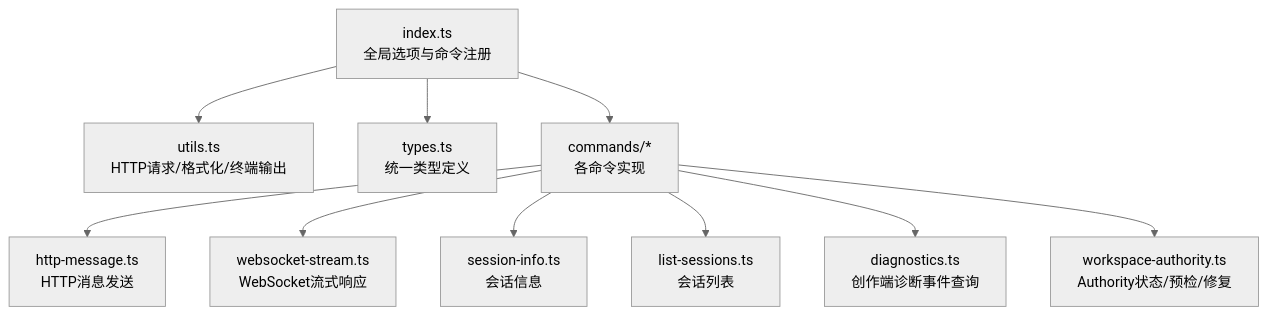
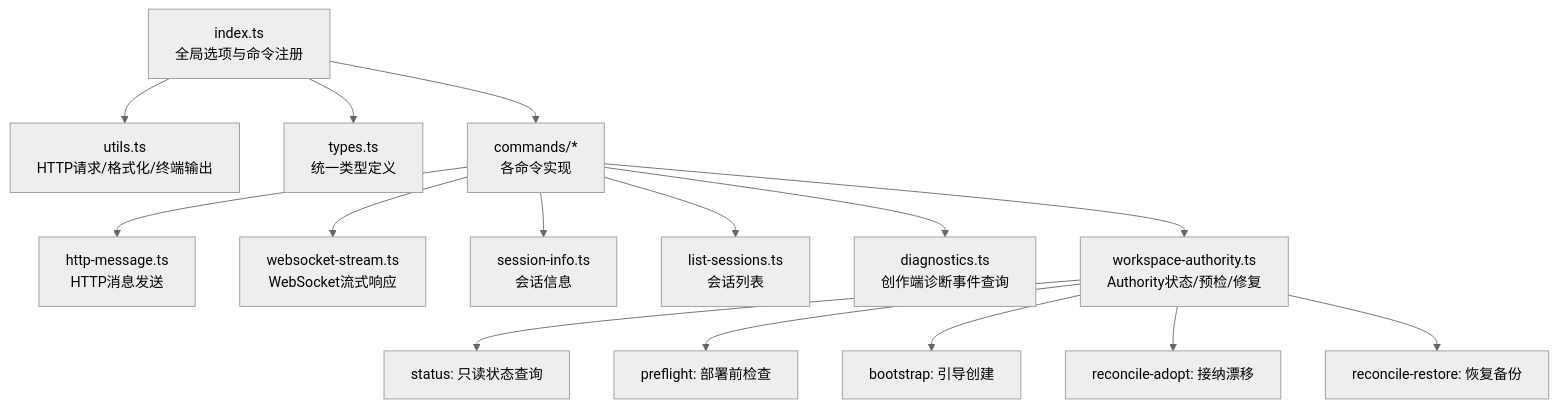
One commit to qihaogithub/workbench changed the first of 6 diagrams in .qoder/repowiki/zh/content/开发工具链/CLI 工具/CLI 工具概览.md. Above: the diagram before and after it, drawn with Mermaid (neutral theme). The commit also changed other lines of this file and 448 other files, not shown here.

````diff
--- a/.qoder/repowiki/zh/content/开发工具链/CLI 工具/CLI 工具概览.md
+++ b/.qoder/repowiki/zh/content/开发工具链/CLI 工具/CLI 工具概览.md
@@ -39,12 +50,17 @@
 ```mermaid
 graph TB
 A["index.ts<br/>全局选项与命令注册"] --> B["utils.ts<br/>HTTP请求/格式化/终端输出"]
 A --> C["types.ts<br/>统一类型定义"]
 A --> D["commands/*<br/>各命令实现"]
 D --> E["http-message.ts<br/>HTTP消息发送"]
 D --> F["websocket-stream.ts<br/>WebSocket流式响应"]
 D --> G["session-info.ts<br/>会话信息"]
 D --> H["list-sessions.ts<br/>会话列表"]
 D --> I["diagnostics.ts<br/>创作端诊断事件查询"]
 D --> J["workspace-authority.ts<br/>Authority状态/预检/修复"]
+J --> K["status: 只读状态查询"]
+J --> L["preflight: 部署前检查"]
+J --> M["bootstrap: 引导创建"]
+J --> N["reconcile-adopt: 接纳漂移"]
+J --> O["reconcile-restore: 恢复备份"]
 ```
````
